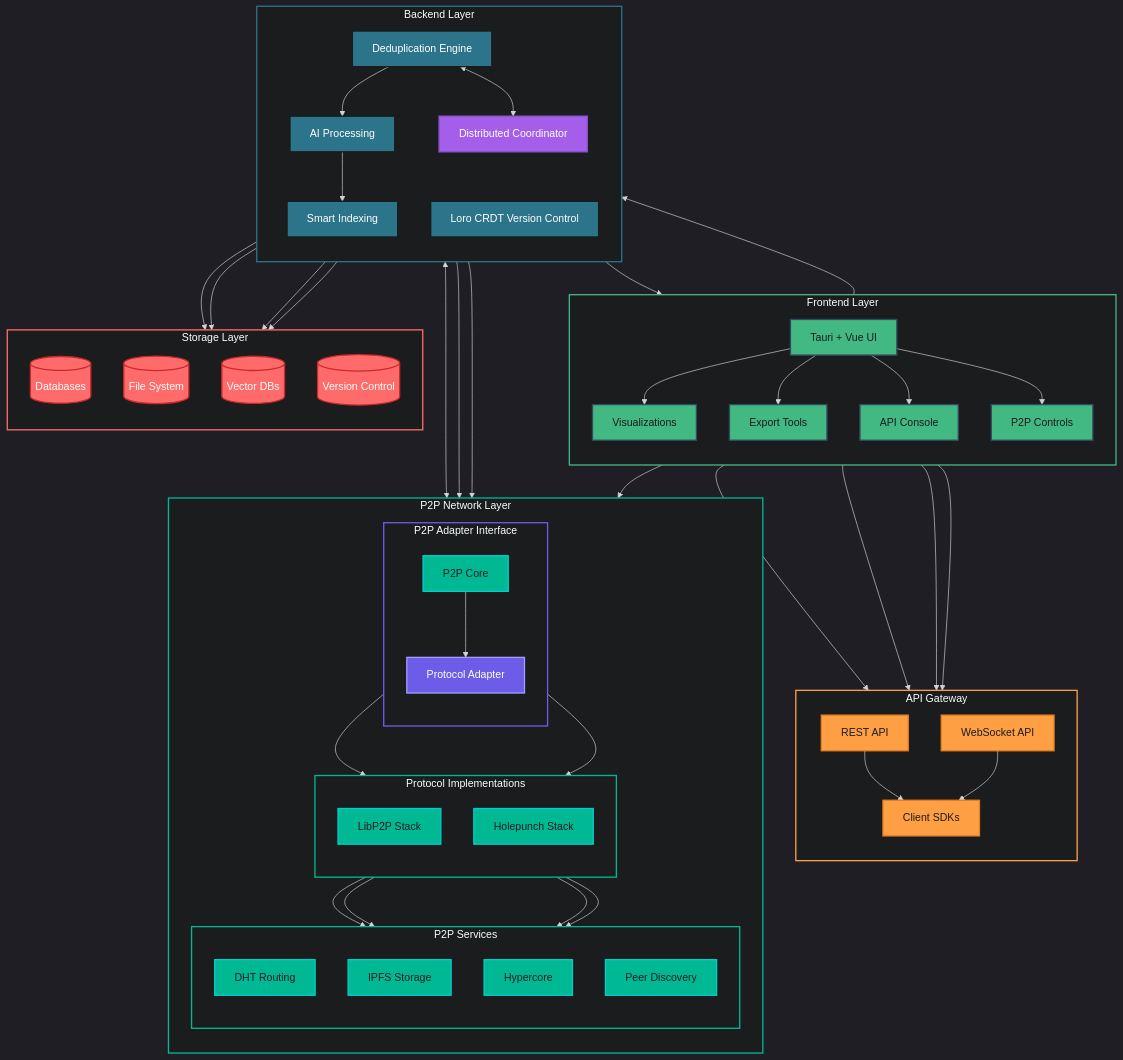
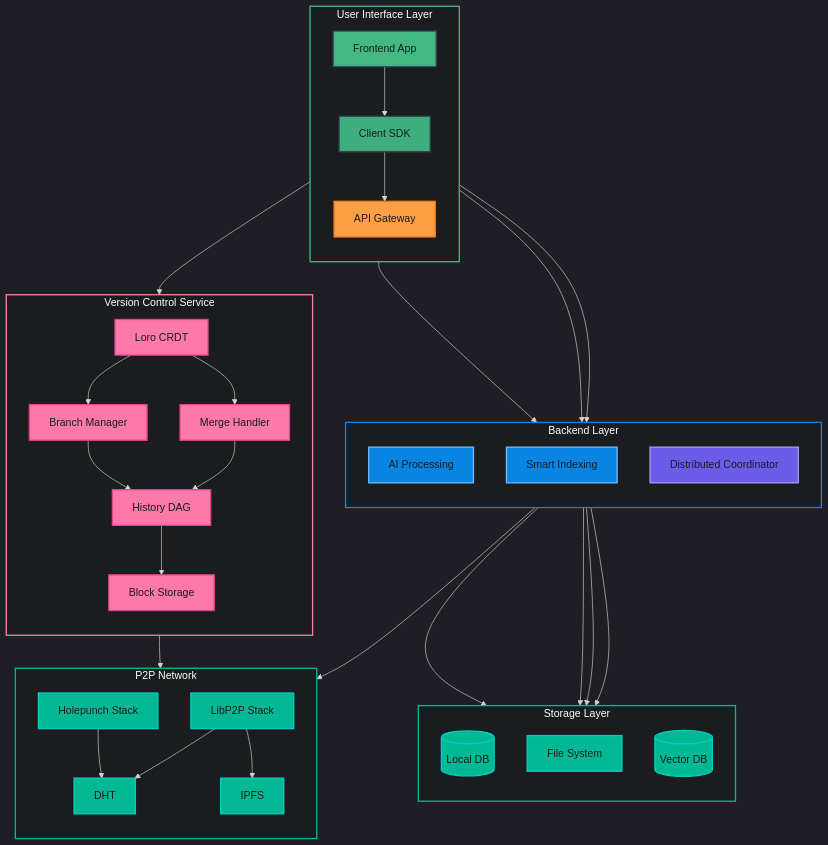
The first of 3 diagrams in ReadMe.md (jermsam/jdeduplix), drawn with Mermaid before and after one commit. The commit also changed other lines of this file, not shown here.

Commit message:
enhance design with version control

````diff
--- a/ReadMe.md
+++ b/ReadMe.md
@@ -172,98 +172,81 @@
 ```mermaid
 %%{init: {'theme': 'dark', 'themeVariables': { 'darkMode': true }}}%%
 flowchart TD
-    classDef frontend fill:#42b883,stroke:#35495e,stroke-width:2px,color:#1a1c1d
-    classDef backend fill:#2b7489,stroke:#1a1c1d,stroke-width:2px,color:white
-    classDef storage fill:#ff6b6b,stroke:#c92a2a,stroke-width:2px,color:white
+    classDef primary fill:#42b883,stroke:#35495e,stroke-width:2px,color:#1a1c1d
+    classDef secondary fill:#3eaf7c,stroke:#2c3e50,stroke-width:2px,color:#1a1c1d
+    classDef action fill:#4fc08d,stroke:#2c3e50,stroke-width:2px,color:#1a1c1d
     classDef api fill:#ff9f43,stroke:#e67e22,stroke-width:2px,color:#1a1c1d
-    classDef dist fill:#a55eea,stroke:#8854d0,stroke-width:2px,color:white
+    classDef storage fill:#00b894,stroke:#00cec9,stroke-width:2px,color:#1a1c1d
+    classDef dist fill:#6c5ce7,stroke:#a29bfe,stroke-width:2px,color:#1a1c1d
+    classDef backend fill:#0984e3,stroke:#74b9ff,stroke-width:2px,color:#1a1c1d
     classDef p2p fill:#00b894,stroke:#00cec9,stroke-width:2px,color:#1a1c1d
-    classDef adapter fill:#6c5ce7,stroke:#a29bfe,stroke-width:2px,color:white
+    classDef version fill:#fd79a8,stroke:#e84393,stroke-width:2px,color:#1a1c1d
 
-    subgraph FE[Frontend Layer]
+    subgraph UI[User Interface Layer]
         direction TB
-        UI[Tauri + Vue UI]:::frontend
-        VIS[Visualizations]:::frontend
-        EXP[Export Tools]:::frontend
-        APIC[API Console]:::frontend
-        P2PC[P2P Controls]:::frontend
+        FE[Frontend App]:::primary
+        SDK[Client SDK]:::secondary
+        API[API Gateway]:::api
     end
 
     subgraph BE[Backend Layer]
         direction TB
-        DE[Deduplication Engine]:::backend
         AI[AI Processing]:::backend
         IDX[Smart Indexing]:::backend
         DIST[Distributed Coordinator]:::dist
-        VC[Loro CRDT Version Control]:::backend
     end
 
     subgraph ST[Storage Layer]
         direction TB
-        DB[(Databases)]:::storage
-        FS[(File System)]:::storage
-        VDB[(Vector DBs)]:::storage
-        GIT[(Version Control)]:::storage
+        DB[(Local DB)]:::storage
+        FS[File System]:::storage
+        VDB[(Vector DB)]:::storage
     end
 
-    subgraph AG[API Gateway]
+    subgraph P2P[P2P Network]
         direction TB
-        REST[REST API]:::api
-        WS[WebSocket API]:::api
-        SDK[Client SDKs]:::api
+        LIBP2P[LibP2P Stack]:::p2p
+        HOLE[Holepunch Stack]:::p2p
+        DHT[DHT]:::p2p
+        IPFS[IPFS]:::p2p
     end
 
-    subgraph P2P[P2P Network Layer]
+    subgraph VCS[Version Control Service]
         direction TB
+        CRDT[Loro CRDT]:::version
+        BRANCH[Branch Manager]:::version
+        MERGE[Merge Handler]:::version
+        DAG[History DAG]:::version
+        BLOCK[Block Storage]:::version
         
-        subgraph P2PA[P2P Adapter Interface]
-            direction TB
-            PCORE[P2P Core]:::p2p
-            PADAPT[Protocol Adapter]:::adapter
-        end
-
-        subgraph PROT[Protocol Implementations]
-            direction TB
-            LP2P[LibP2P Stack]:::p2p
-            HOLE[Holepunch Stack]:::p2p
-        end
-
-        subgraph SERV[P2P Services]
-            direction TB
-            DHT[DHT Routing]:::p2p
-            IPFS[IPFS Storage]:::p2p
-            HYPER[Hypercore]:::p2p
-            DISCO[Peer Discovery]:::p2p
-        end
+        CRDT --> BRANCH
+        CRDT --> MERGE
+        BRANCH --> DAG
+        MERGE --> DAG
+        DAG --> BLOCK
     end
 
-    UI --> DE
-    DE --> AI
-    AI --> IDX
-    IDX --> DB & FS & VDB & GIT
-    IDX --> UI
-    UI --> VIS & EXP & APIC & P2PC
+    FE --> SDK
+    SDK --> API
+    API --> AI
+    API --> IDX
+    API --> DIST
+    API --> VCS
     
-    DE <--> DIST
+    AI --> DB
+    AI --> VDB
+    IDX --> VDB
+    IDX --> FS
+    DIST --> P2P
+    VCS --> P2P
     
-    APIC & UI --> REST & WS
-    REST & WS --> SDK
+    LIBP2P --> DHT
+    LIBP2P --> IPFS
+    HOLE --> DHT
 
-    %% P2P Connections
-    P2PC --> PCORE
-    PCORE --> PADAPT
-    PADAPT --> LP2P & HOLE
-    LP2P --> DHT & IPFS
-    HOLE --> HYPER & DISCO
-    DE <--> PCORE
-    IDX --> IPFS & HYPER
-
-    style FE fill:#1a1c1d,stroke:#42b883,stroke-width:2px
-    style BE fill:#1a1c1d,stroke:#2b7489,stroke-width:2px
-    style ST fill:#1a1c1d,stroke:#ff6b6b,stroke-width:2px
-    style AG fill:#1a1c1d,stroke:#ff9f43,stroke-width:2px
+    style UI fill:#1a1c1d,stroke:#42b883,stroke-width:2px
+    style BE fill:#1a1c1d,stroke:#0984e3,stroke-width:2px
+    style ST fill:#1a1c1d,stroke:#00b894,stroke-width:2px
     style P2P fill:#1a1c1d,stroke:#00b894,stroke-width:2px
-    style P2PA fill:#1a1c1d,stroke:#6c5ce7,stroke-width:2px
-    style PROT fill:#1a1c1d,stroke:#00b894,stroke-width:2px
-    style SERV fill:#1a1c1d,stroke:#00b894,stroke-width:2px
+    style VCS fill:#1a1c1d,stroke:#fd79a8,stroke-width:2px
 ```
````
